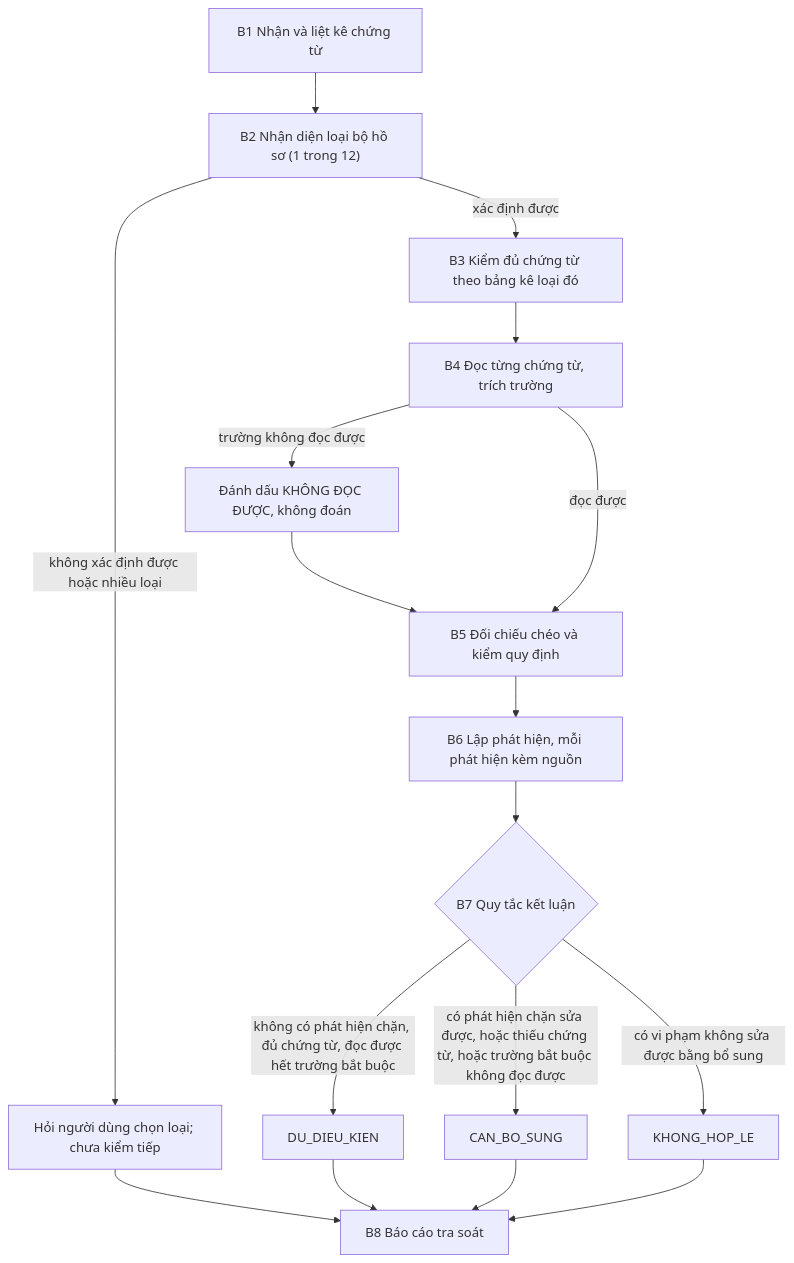
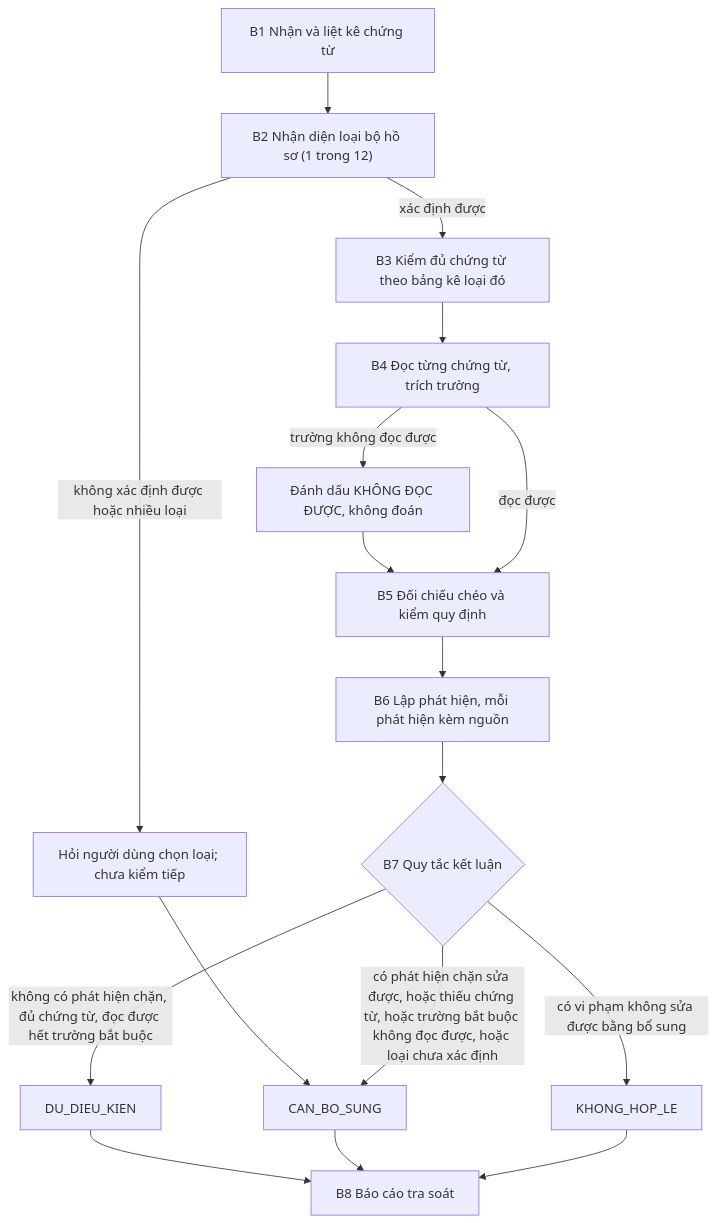
The diagram in kb/specs/2026-10-29-tra-soat-chung-tu.md (sapp-academy-it/assistant-tlu-tra-soat-chung-tu), drawn with Mermaid before and after one commit. The commit also changed other lines of this file and 2 other files, not shown here.

Commit message:
docs(kb): review round 1 fixes: flow routes, B5 checks, required fields, Q tags, wording

````diff
--- a/kb/specs/2026-10-29-tra-soat-chung-tu.md
+++ b/kb/specs/2026-10-29-tra-soat-chung-tu.md
@@ -66,19 +66,19 @@
 ```mermaid
 flowchart TD
   B1["B1 Nhận và liệt kê chứng từ"] --> B2["B2 Nhận diện loại bộ hồ sơ (1 trong 12)"]
   B2 -->|"không xác định được hoặc nhiều loại"| H1["Hỏi người dùng chọn loại; chưa kiểm tiếp"]
-  H1 --> OUT
+  H1 --> K2
   B2 -->|"xác định được"| B3["B3 Kiểm đủ chứng từ theo bảng kê loại đó"]
   B3 --> B4["B4 Đọc từng chứng từ, trích trường"]
   B4 -->|"trường không đọc được"| U["Đánh dấu KHÔNG ĐỌC ĐƯỢC, không đoán"]
   U --> B5
   B4 -->|"đọc được"| B5["B5 Đối chiếu chéo và kiểm quy định"]
   B5 --> B6["B6 Lập phát hiện, mỗi phát hiện kèm nguồn"]
   B6 --> B7{"B7 Quy tắc kết luận"}
   B7 -->|"có vi phạm không sửa được bằng bổ sung"| K3["KHONG_HOP_LE"]
-  B7 -->|"có phát hiện chặn sửa được, hoặc thiếu chứng từ, hoặc trường bắt buộc không đọc được"| K2["CAN_BO_SUNG"]
+  B7 -->|"có phát hiện chặn sửa được, hoặc thiếu chứng từ, hoặc trường bắt buộc không đọc được, hoặc loại chưa xác định"| K2["CAN_BO_SUNG"]
   B7 -->|"không có phát hiện chặn, đủ chứng từ, đọc được hết trường bắt buộc"| K1["DU_DIEU_KIEN"]
   K1 --> OUT["B8 Báo cáo tra soát"]
   K2 --> OUT
   K3 --> OUT
 ```
````
